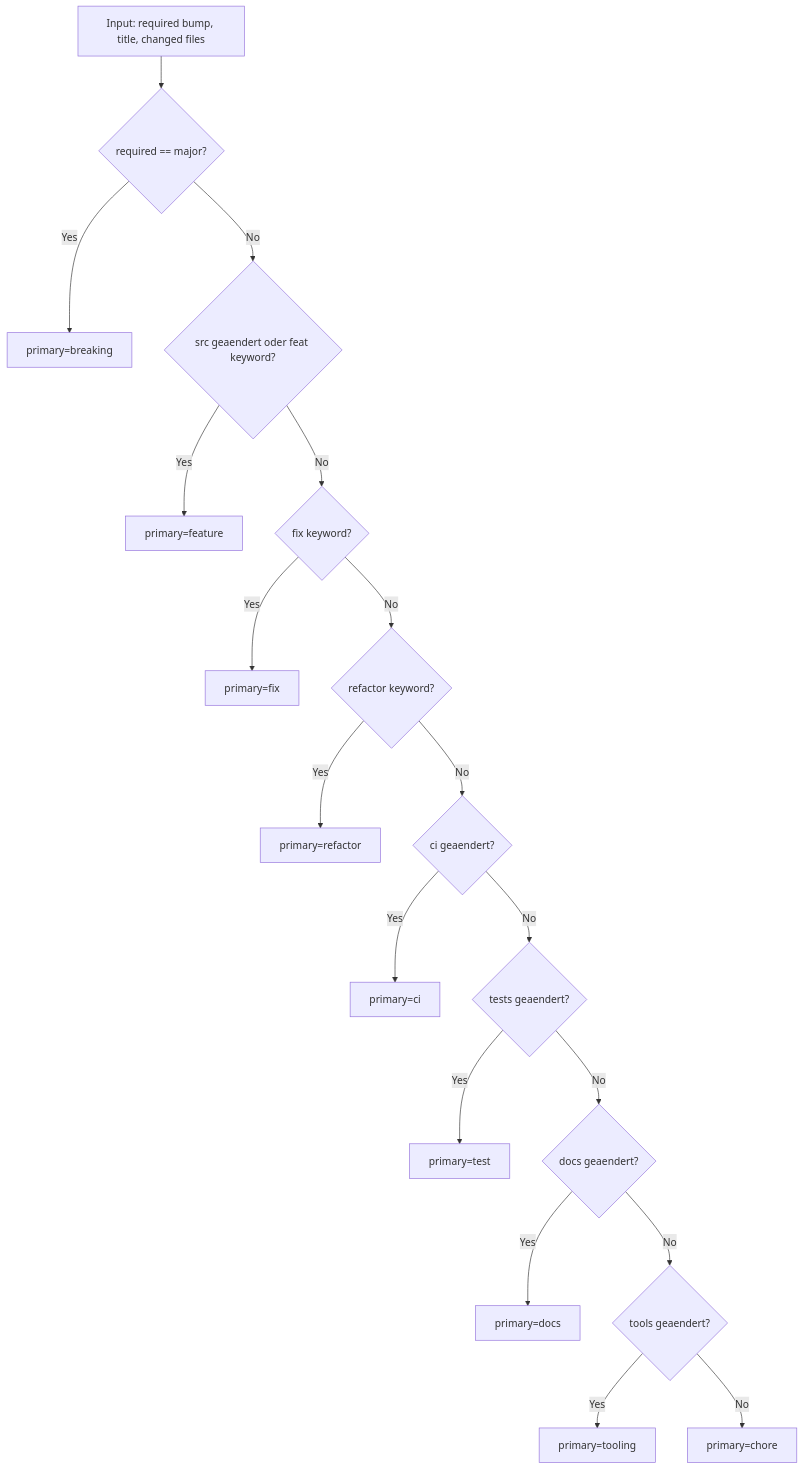
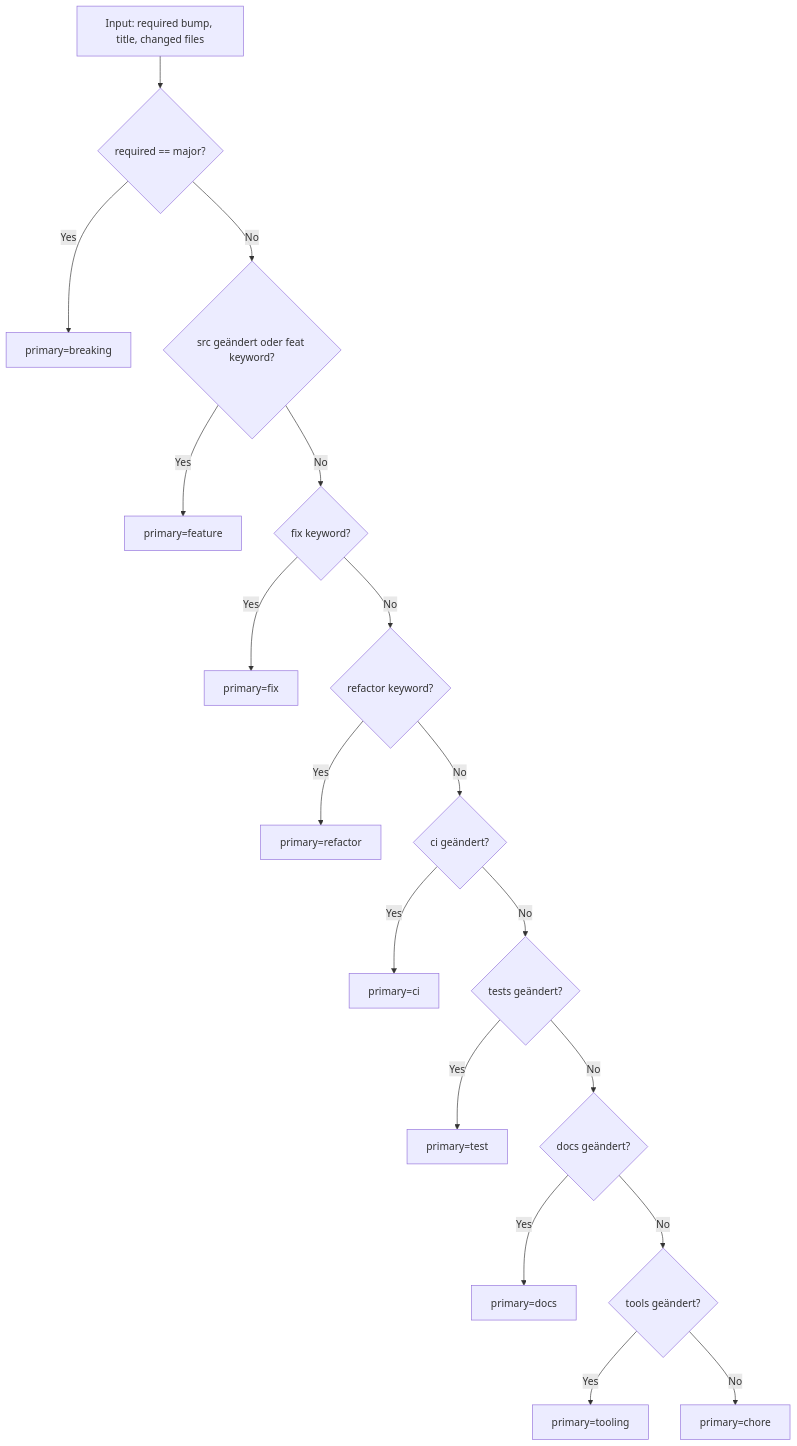
One commit to tomtastisch/FileClassifier changed the second of 4 diagrams in docs/versioning/004_POLICY_LABELING.MD. Above: the diagram before and after it, drawn with Mermaid. The commit also changed other lines of this file and 222 other files, not shown here.

````diff
--- a/docs/versioning/004_POLICY_LABELING.MD
+++ b/docs/versioning/004_POLICY_LABELING.MD
@@ -62,20 +62,20 @@
 ```mermaid
 flowchart TD
   A["Input: required bump, title, changed files"] --> B{"required == major?"}
   B -- Yes --> C["primary=breaking"]
-  B -- No --> D{"src geaendert oder feat keyword?"}
+  B -- No --> D{"src geändert oder feat keyword?"}
   D -- Yes --> E["primary=feature"]
   D -- No --> F{"fix keyword?"}
   F -- Yes --> G["primary=fix"]
   F -- No --> H{"refactor keyword?"}
   H -- Yes --> I["primary=refactor"]
-  H -- No --> J{"ci geaendert?"}
+  H -- No --> J{"ci geändert?"}
   J -- Yes --> K["primary=ci"]
-  J -- No --> L{"tests geaendert?"}
+  J -- No --> L{"tests geändert?"}
   L -- Yes --> M["primary=test"]
-  L -- No --> N{"docs geaendert?"}
+  L -- No --> N{"docs geändert?"}
   N -- Yes --> O["primary=docs"]
-  N -- No --> P{"tools geaendert?"}
+  N -- No --> P{"tools geändert?"}
   P -- Yes --> Q["primary=tooling"]
   P -- No --> R["primary=chore"]
 ```
````
